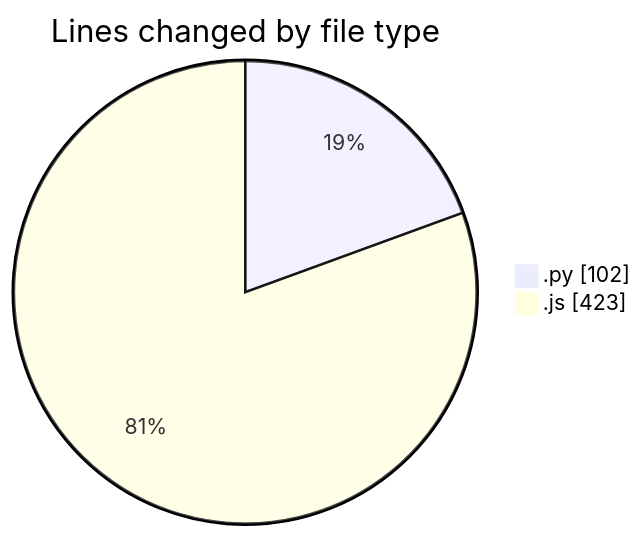
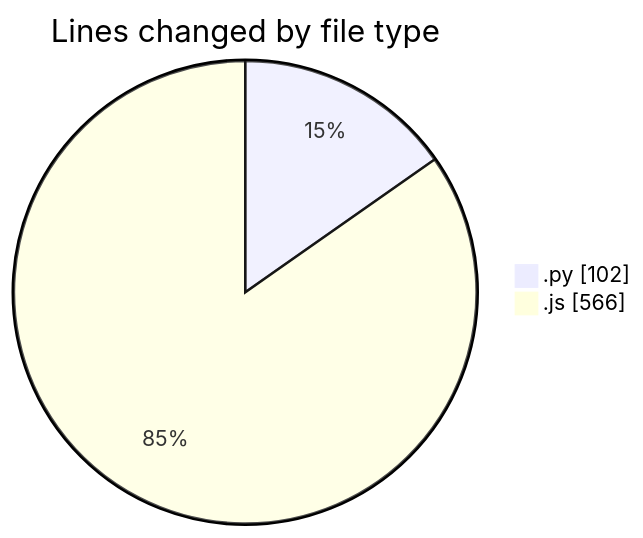
The first of 2 diagrams in 2025-04-12/nxtqube_webapp/README.md (nxtqubesakshisongat/code-tracking), drawn with Mermaid before and after one commit. The commit also changed other lines of this file and 1 other file, not shown here.

````diff
--- a/2025-04-12/nxtqube_webapp/README.md
+++ b/2025-04-12/nxtqube_webapp/README.md
@@ -22,6 +22,6 @@
 ```mermaid
 pie showData
 title Lines changed by file type
 ".py" : 102
-".js" : 423
+".js" : 566
 ```
````
